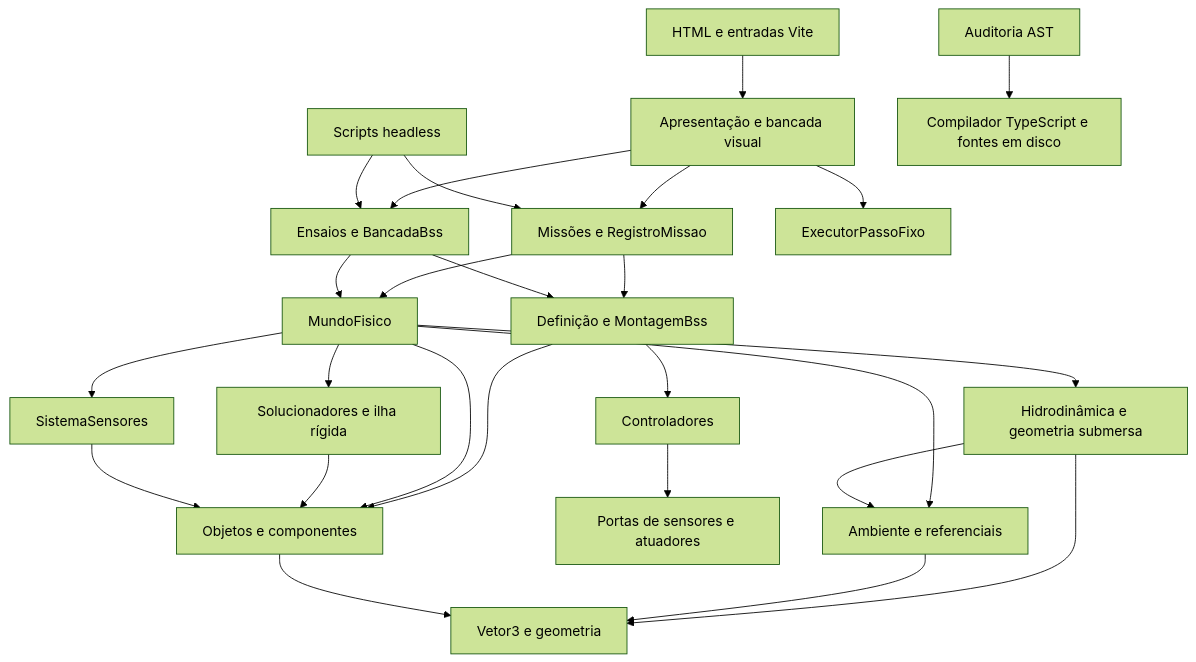
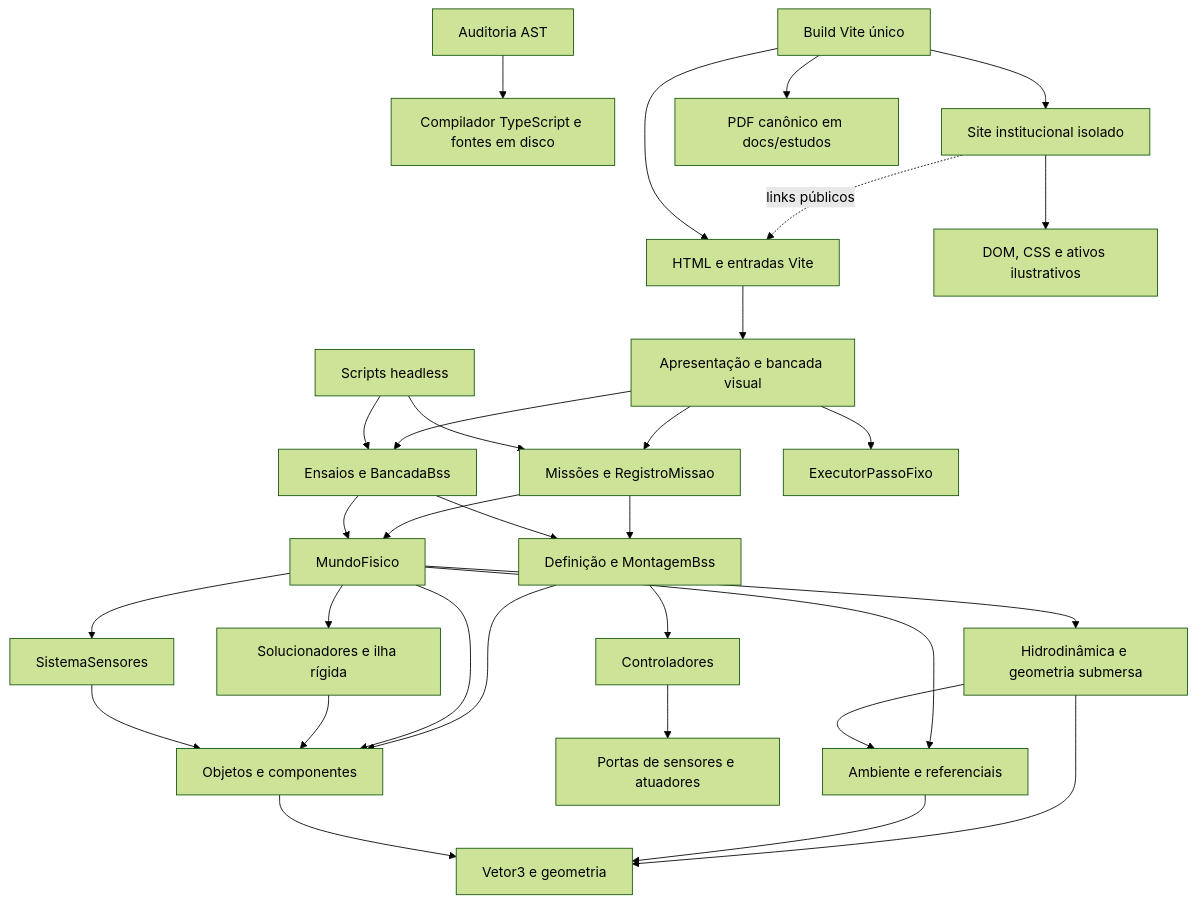
One commit to evertaraujo-lgtm/blackstarprototipo2 changed the first of 2 diagrams in docs/arquitetura/MAPA_DO_SISTEMA.md. Above: the diagram before and after it, drawn with Mermaid (forest theme). The commit also changed other lines of this file and 51 other files, not shown here.

Commit message:
feat(site): consolida institucional e simuladores no Prototipo 2

````diff
--- a/docs/arquitetura/MAPA_DO_SISTEMA.md
+++ b/docs/arquitetura/MAPA_DO_SISTEMA.md
@@ -49,28 +54,33 @@
 ```mermaid
 flowchart TD
   HTML[HTML e entradas Vite] --> UI[Apresentação e bancada visual]
   UI --> MIS[Missões e RegistroMissao]
   UI --> ENS[Ensaios e BancadaBss]
   CLI[Scripts headless] --> MIS
   CLI --> ENS
   MIS --> VEH[Definição e MontagemBss]
   ENS --> VEH
   MIS --> WORLD[MundoFisico]
   ENS --> WORLD
   VEH --> OBJ[Objetos e componentes]
   VEH --> CTRL[Controladores]
   CTRL --> PORT[Portas de sensores e atuadores]
   WORLD --> SOL[Solucionadores e ilha rígida]
   WORLD --> ENV[Ambiente e referenciais]
   WORLD --> HYD[Hidrodinâmica e geometria submersa]
   WORLD --> SEN[SistemaSensores]
   WORLD --> OBJ
   SOL --> OBJ
   SEN --> OBJ
   HYD --> ENV
   HYD --> MATH[Vetor3 e geometria]
   ENV --> MATH
   OBJ --> MATH
   UI --> CLOCK[ExecutorPassoFixo]
   AUD[Auditoria AST] --> TS[Compilador TypeScript e fontes em disco]
+  INST[Site institucional isolado] --> DOM[DOM, CSS e ativos ilustrativos]
+  INST -. links públicos .-> HTML
+  VITE[Build Vite único] --> INST
+  VITE --> HTML
+  VITE --> PDF[PDF canônico em docs/estudos]
 ```
````
